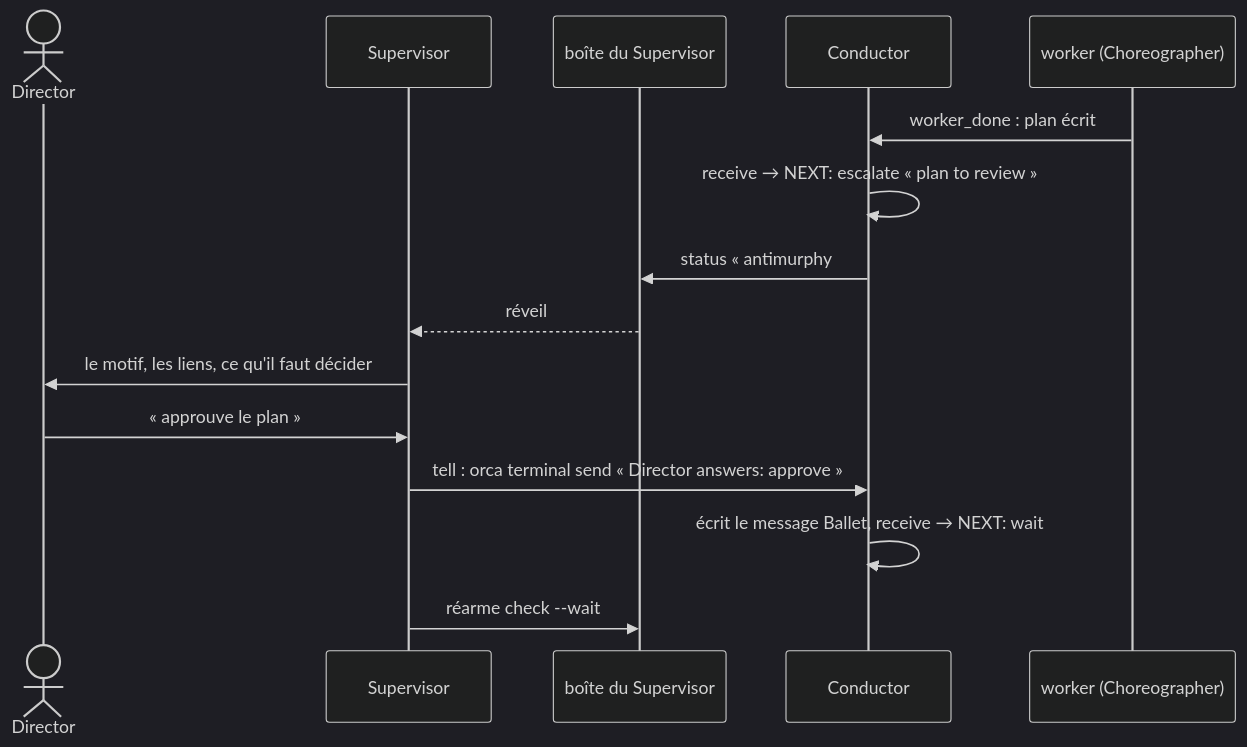
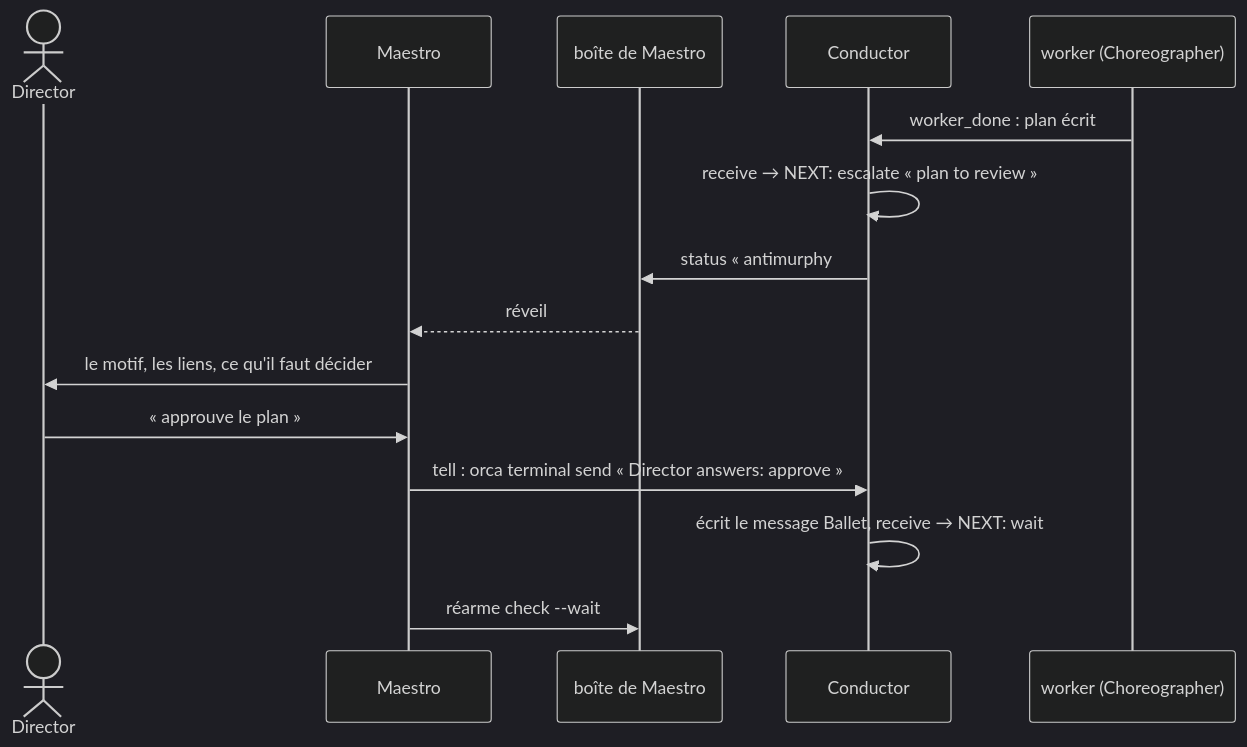
The third of 3 diagrams in docs/spikes/0001-superviseur-boite-orca.md (bdridi/ballet), drawn with Mermaid (dark theme) before and after one commit. The commit also changed other lines of this file and 13 other files, not shown here.

Commit message:
feat: Maestro étape 1 — boîte Orca (ballet_maestro.py mailbox, projets, maestro.toml atomique, place du bail), annonce des Conductors à chaque NEXT: escalate/done, premier /ballet:setup ; Supervisor devient Maestro, Monitor au vocabulaire (0.33.0, OPP-02 et OPP-74 partiels)

````diff
--- a/docs/spikes/0001-superviseur-boite-orca.md
+++ b/docs/spikes/0001-superviseur-boite-orca.md
@@ -221,18 +221,18 @@
 ```mermaid
 sequenceDiagram
     actor D as Director
-    participant S as Supervisor
-    participant B as boîte du Supervisor
+    participant S as Maestro
+    participant B as boîte de Maestro
     participant C as Conductor
     participant W as worker (Choreographer)
 
     W->>C: worker_done : plan écrit
     C->>C: receive → NEXT: escalate « plan to review »
     C->>B: status « antimurphy#60 · escalate » (le script)
     B-->>S: réveil
     S->>D: le motif, les liens, ce qu'il faut décider
     D->>S: « approuve le plan »
     S->>C: tell : orca terminal send « Director answers: approve »
     C->>C: écrit le message Ballet, receive → NEXT: wait
     S->>B: réarme check --wait
 ```
````
